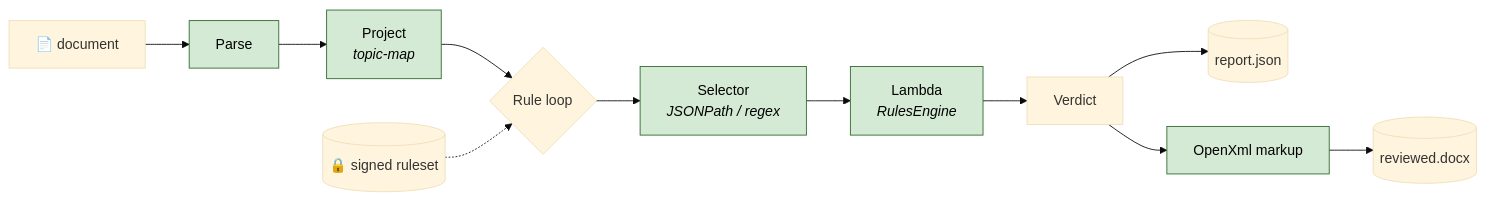
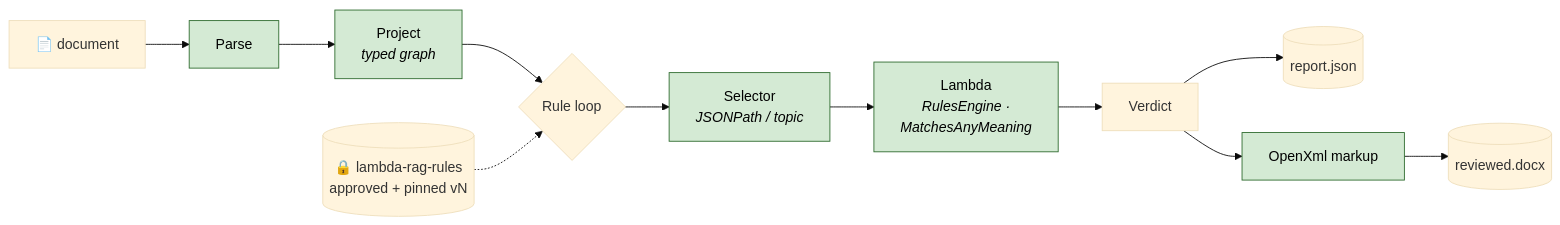
One commit to MTCMarkFranco/lambda-rag changed the third of 3 diagrams in docs/diagrams/authoring-vs-runtime.md. Above: the diagram before and after it, drawn with Mermaid (base theme). The commit also changed other lines of this file and 2 other files, not shown here.

First line of the commit message:
docs: refresh architecture for Azure Search rule store + rewrite path

````diff
--- a/docs/diagrams/authoring-vs-runtime.md
+++ b/docs/diagrams/authoring-vs-runtime.md
@@ -91,16 +131,16 @@
 ```mermaid
 flowchart LR
     DOC["📄 document"] --> P[Parse]
-    P --> PR["Project<br/><i>topic-map</i>"]
+    P --> PR["Project<br/><i>typed graph</i>"]
     PR --> M{"Rule loop"}
-    M --> S["Selector<br/><i>JSONPath / regex</i>"]
-    S --> E["Lambda<br/><i>RulesEngine</i>"]
+    M --> S["Selector<br/><i>JSONPath / topic</i>"]
+    S --> E["Lambda<br/><i>RulesEngine ·<br/>MatchesAnyMeaning</i>"]
     E --> V[Verdict]
     V --> R1[("report.json")]
     V --> MK[OpenXml markup]
     MK --> R2[("reviewed.docx")]
-    RS[("🔒 signed ruleset")] -.-> M
+    RS[("🔒 lambda-rag-rules<br/>approved + pinned vN")] -.-> M
 
     classDef pure fill:#d4ead4,stroke:#2d6a2d,color:#000
     class P,PR,S,E,MK pure
 ```
````
